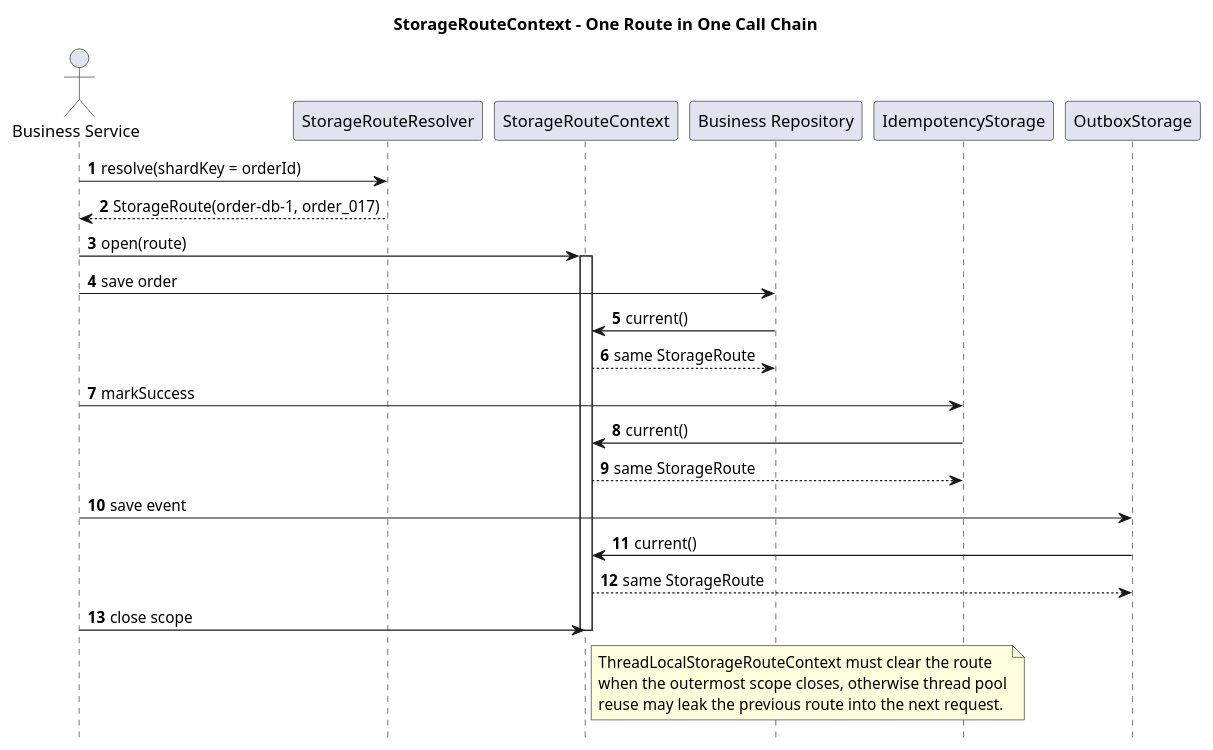
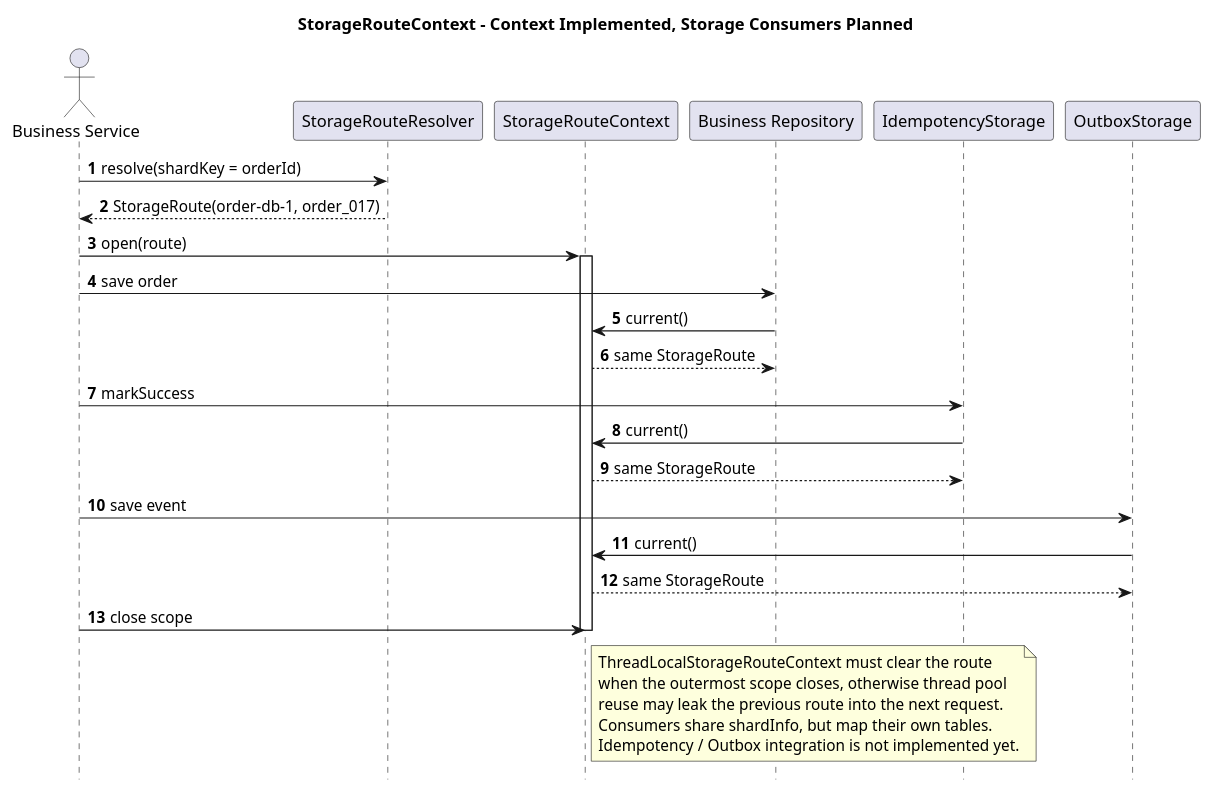
Before and after one commit to pbxjtumse/iron-components-java: the diagram in component/storage-routing-component/docs/sequence/01-storage-route-context.puml, drawn with PlantUML. The commit also changed 25 other files, not shown here.

First line of the commit message:
refactor(storage-routing): unify StorageRoute model and resolver pipeline

```diff
--- a/component/storage-routing-component/docs/sequence/01-storage-route-context.puml
+++ b/component/storage-routing-component/docs/sequence/01-storage-route-context.puml
@@ -1,42 +1,44 @@
 @startuml
-title StorageRouteContext - One Route in One Call Chain
+title StorageRouteContext - Context Implemented, Storage Consumers Planned
 
 autonumber
 skinparam shadowing false
 hide footbox
 
 actor "Business Service" as Service
 participant "StorageRouteResolver" as Resolver
 participant "StorageRouteContext" as Context
 participant "Business Repository" as Repository
 participant "IdempotencyStorage" as Idem
 participant "OutboxStorage" as Outbox
 
 Service -> Resolver : resolve(shardKey = orderId)
 Resolver --> Service : StorageRoute(order-db-1, order_017)
 
 Service -> Context : open(route)
 activate Context
 
 Service -> Repository : save order
 Repository -> Context : current()
 Context --> Repository : same StorageRoute
 
 Service -> Idem : markSuccess
 Idem -> Context : current()
 Context --> Idem : same StorageRoute
 
 Service -> Outbox : save event
 Outbox -> Context : current()
 Context --> Outbox : same StorageRoute
 
 Service -> Context : close scope
 deactivate Context
 
 note right of Context
 ThreadLocalStorageRouteContext must clear the route
 when the outermost scope closes, otherwise thread pool
 reuse may leak the previous route into the next request.
+Consumers share shardInfo, but map their own tables.
+Idempotency / Outbox integration is not implemented yet.
 end note
 
 @enduml
```
